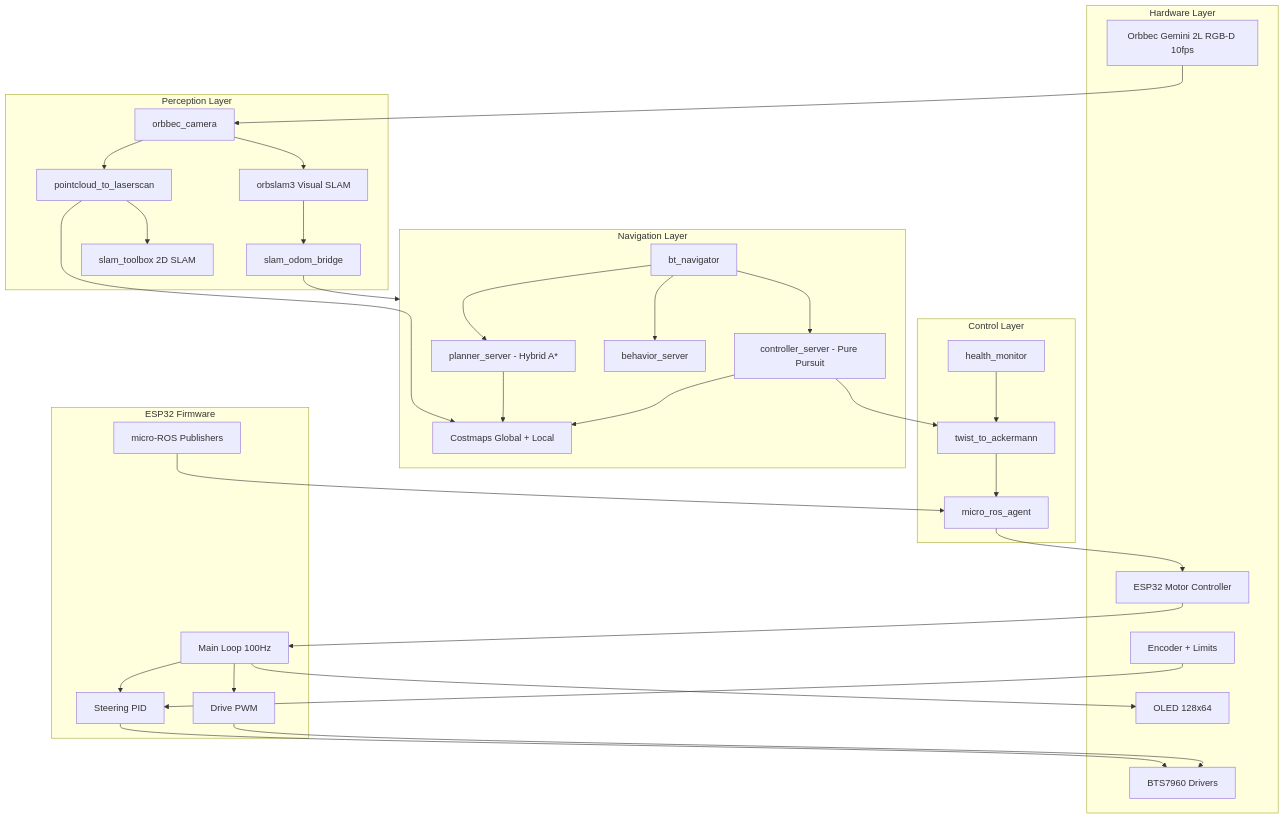
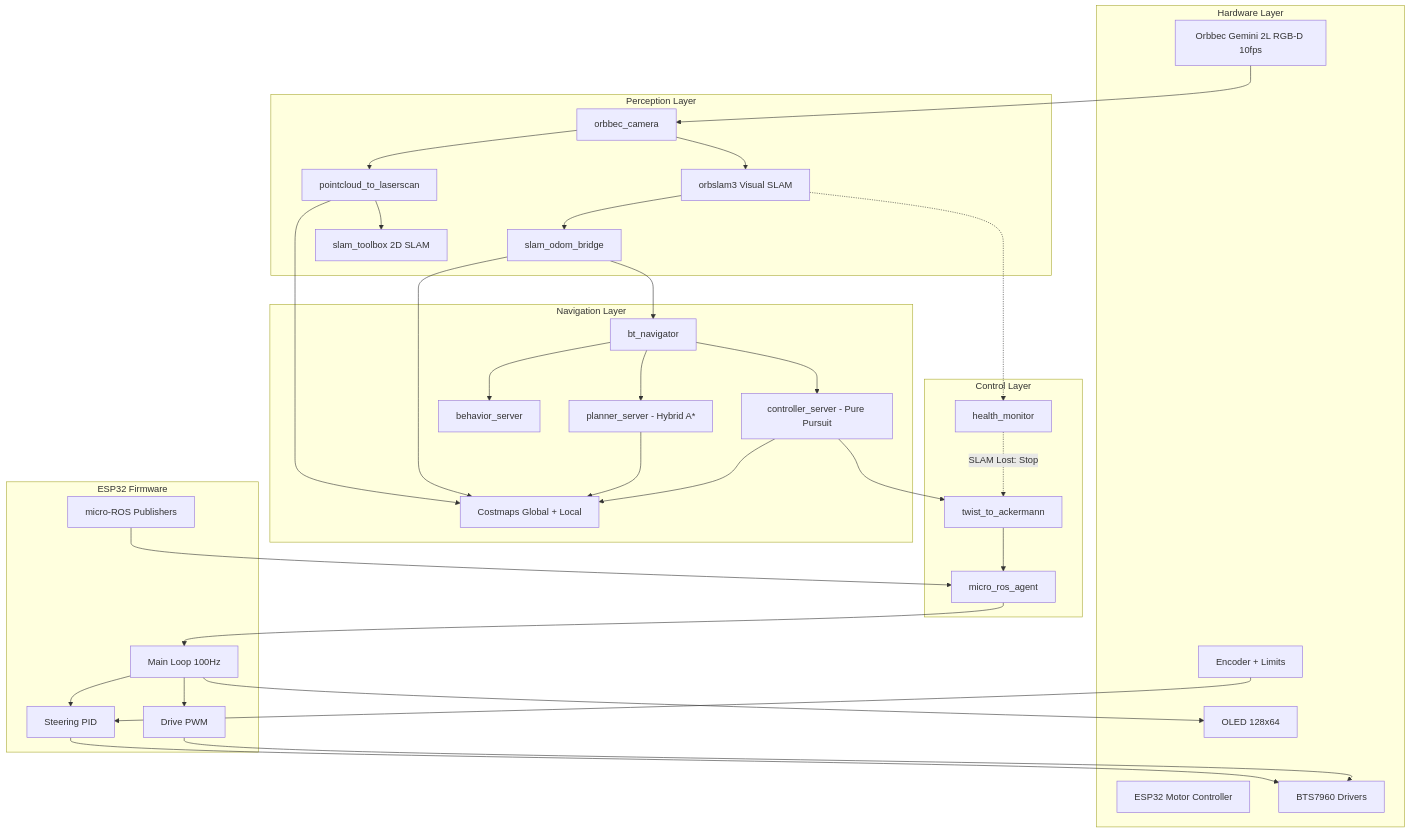
Before and after one commit to KashmeeraTT/Ackerman_UGV: the second of 13 diagrams in SYSTEM_DOCUMENTATION.md, drawn with Mermaid. The commit also changed other lines of this file and 2 other files, not shown here.

Commit message:
docs: Update system architecture diagrams, topic flows, and configuration parameters, including robot kinematics and controller settings.

````diff
--- a/SYSTEM_DOCUMENTATION.md
+++ b/SYSTEM_DOCUMENTATION.md
@@ -72,67 +73,69 @@
 ```mermaid
 flowchart TB
     subgraph Hardware[Hardware Layer]
         Camera[Orbbec Gemini 2L RGB-D 10fps]
         ESP32[ESP32 Motor Controller]
         Motors[BTS7960 Drivers]
         Sensors[Encoder + Limits]
         Display[OLED 128x64]
     end
     
     subgraph Perception[Perception Layer]
         OrbCamera[orbbec_camera]
         PointCloud[pointcloud_to_laserscan]
         ORBSLAM[orbslam3 Visual SLAM]
         SlamBridge[slam_odom_bridge]
         SlamToolbox[slam_toolbox 2D SLAM]
     end
     
     subgraph Navigation[Navigation Layer]
         Planner[planner_server - Hybrid A*]
         Controller[controller_server - Pure Pursuit]
         BT[bt_navigator]
         Behavior[behavior_server]
         Costmap[Costmaps Global + Local]
     end
     
     subgraph Control[Control Layer]
         AckBridge[twist_to_ackermann]
         MicroROS[micro_ros_agent]
         HealthMon[health_monitor]
     end
     
     subgraph Firmware[ESP32 Firmware]
         MainLoop[Main Loop 100Hz]
         SteerCtrl[Steering PID]
         DriveCtrl[Drive PWM]
         Publishers[micro-ROS Publishers]
     end
     
     Camera --> OrbCamera
     OrbCamera --> PointCloud
     OrbCamera --> ORBSLAM
     PointCloud --> SlamToolbox
     PointCloud --> Costmap
     ORBSLAM --> SlamBridge
-    SlamBridge --> Navigation
+    SlamBridge --> Costmap
+    SlamBridge --> BT
     
     BT --> Planner
     BT --> Controller
     BT --> Behavior
     Planner --> Costmap
     Controller --> Costmap
     Controller --> AckBridge
     
+    ORBSLAM -.-> HealthMon
+    HealthMon -.->|SLAM Lost: Stop| AckBridge
+    
     AckBridge --> MicroROS
-    HealthMon --> AckBridge
-    MicroROS --> ESP32
+    MicroROS --> MainLoop
     
-    ESP32 --> MainLoop
     MainLoop --> SteerCtrl
     MainLoop --> DriveCtrl
     SteerCtrl --> Motors
     DriveCtrl --> Motors
     Sensors --> SteerCtrl
     Publishers --> MicroROS
     MainLoop --> Display
 ```
````
